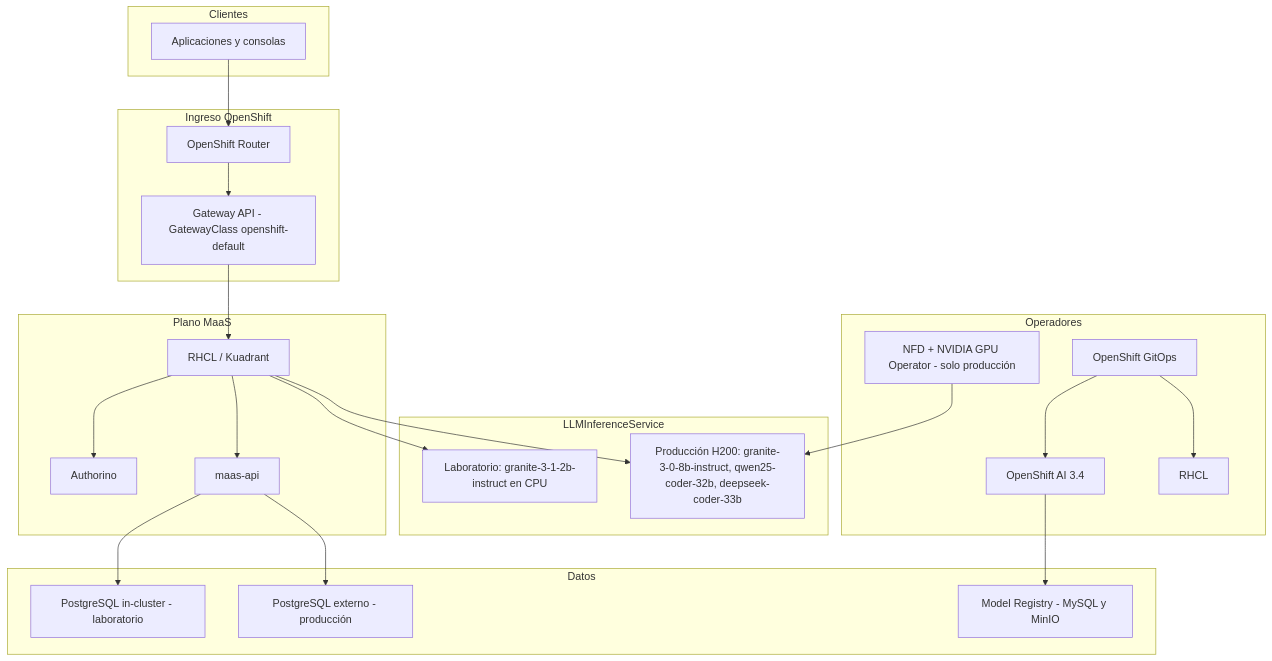
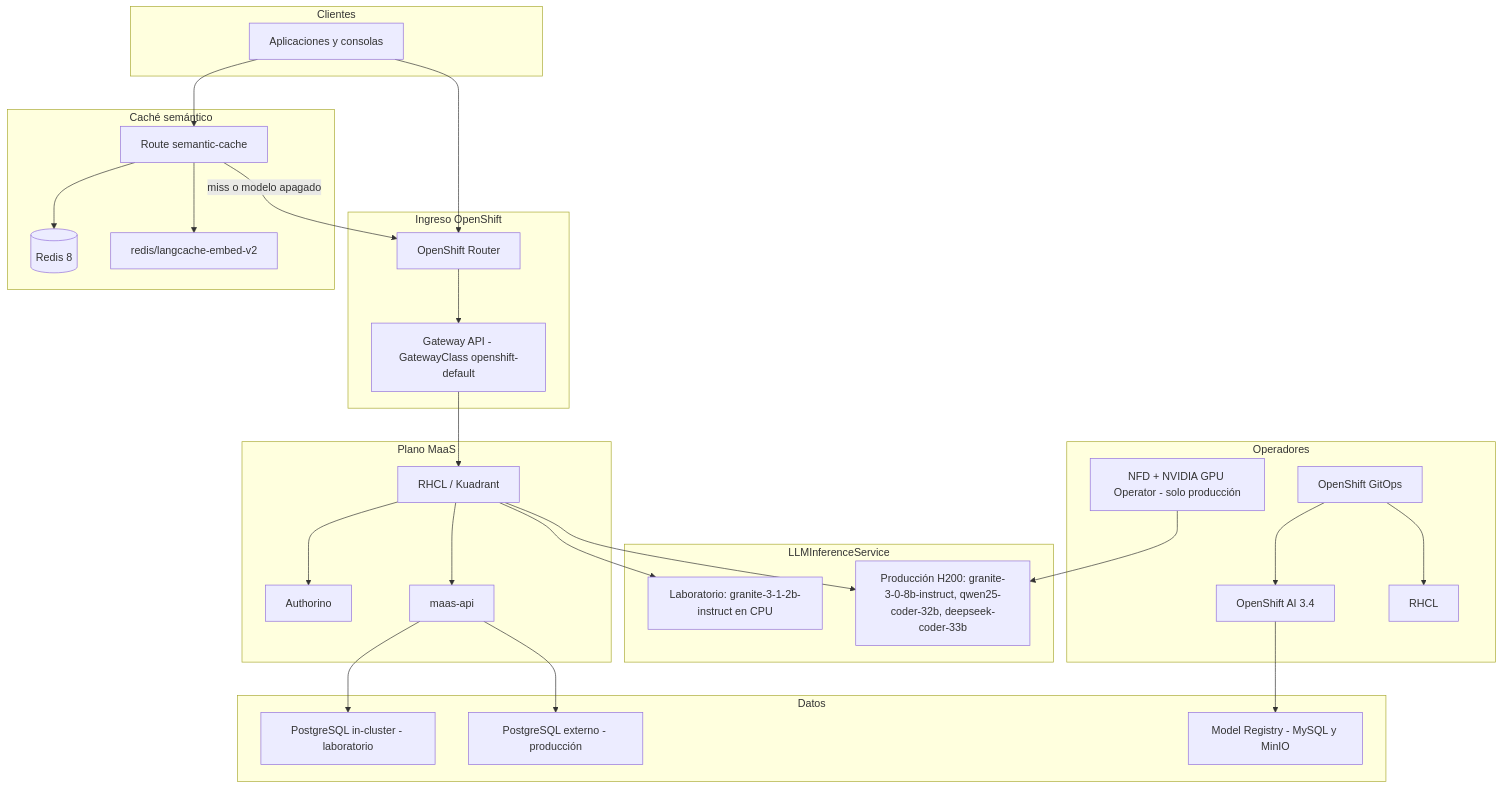
Before and after one commit to abelluque/rhoai-gitops: the diagram in README.md, drawn with Mermaid. The commit also changed other lines of this file and 6 other files, not shown here.

First line of the commit message:
Documenta el caché semántico en las guías del branch.

````diff
--- a/README.md
+++ b/README.md
@@ -64,49 +68,59 @@
 ```mermaid
 flowchart TB
   subgraph clientes [Clientes]
     apps[Aplicaciones y consolas]
   end
 
   subgraph ingreso [Ingreso OpenShift]
     router[OpenShift Router]
     gw[Gateway API - GatewayClass openshift-default]
   end
 
   subgraph maas [Plano MaaS]
     rhcl[RHCL / Kuadrant]
     authorino[Authorino]
     maasApi[maas-api]
   end
 
   subgraph inferencia [LLMInferenceService]
     labModel["Laboratorio: granite-3-1-2b-instruct en CPU"]
     prdModels["Producción H200: granite-3-0-8b-instruct, qwen25-coder-32b, deepseek-coder-33b"]
   end
 
   subgraph operadores [Operadores]
     gitops[OpenShift GitOps]
     rhoai[OpenShift AI 3.4]
     rhclOp[RHCL]
     nvidia["NFD + NVIDIA GPU Operator - solo producción"]
   end
 
   subgraph datos [Datos]
     pgLab["PostgreSQL in-cluster - laboratorio"]
     pgPrd["PostgreSQL externo - producción"]
     registry[Model Registry - MySQL y MinIO]
   end
 
+  subgraph semantica [Caché semántico]
+    sc[Route semantic-cache]
+    redis[(Redis 8)]
+    embed[redis/langcache-embed-v2]
+  end
+
+  apps --> sc
+  sc --> embed
+  sc --> redis
+  sc -->|miss o modelo apagado| router
   apps --> router
   router --> gw
   gw --> rhcl
   rhcl --> authorino
   rhcl --> maasApi
   rhcl --> labModel
   rhcl --> prdModels
   maasApi --> pgLab
   maasApi --> pgPrd
   rhoai --> registry
   gitops --> rhoai
   gitops --> rhclOp
   nvidia --> prdModels
 ```
````
